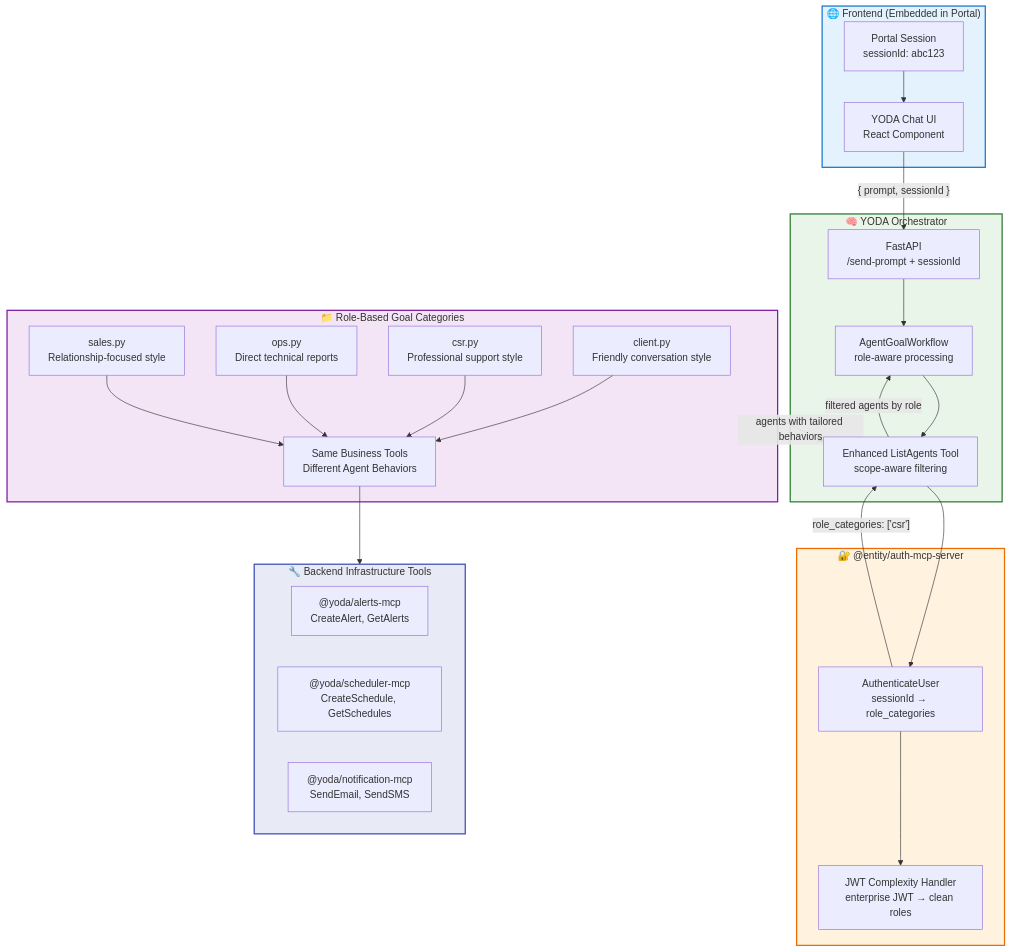
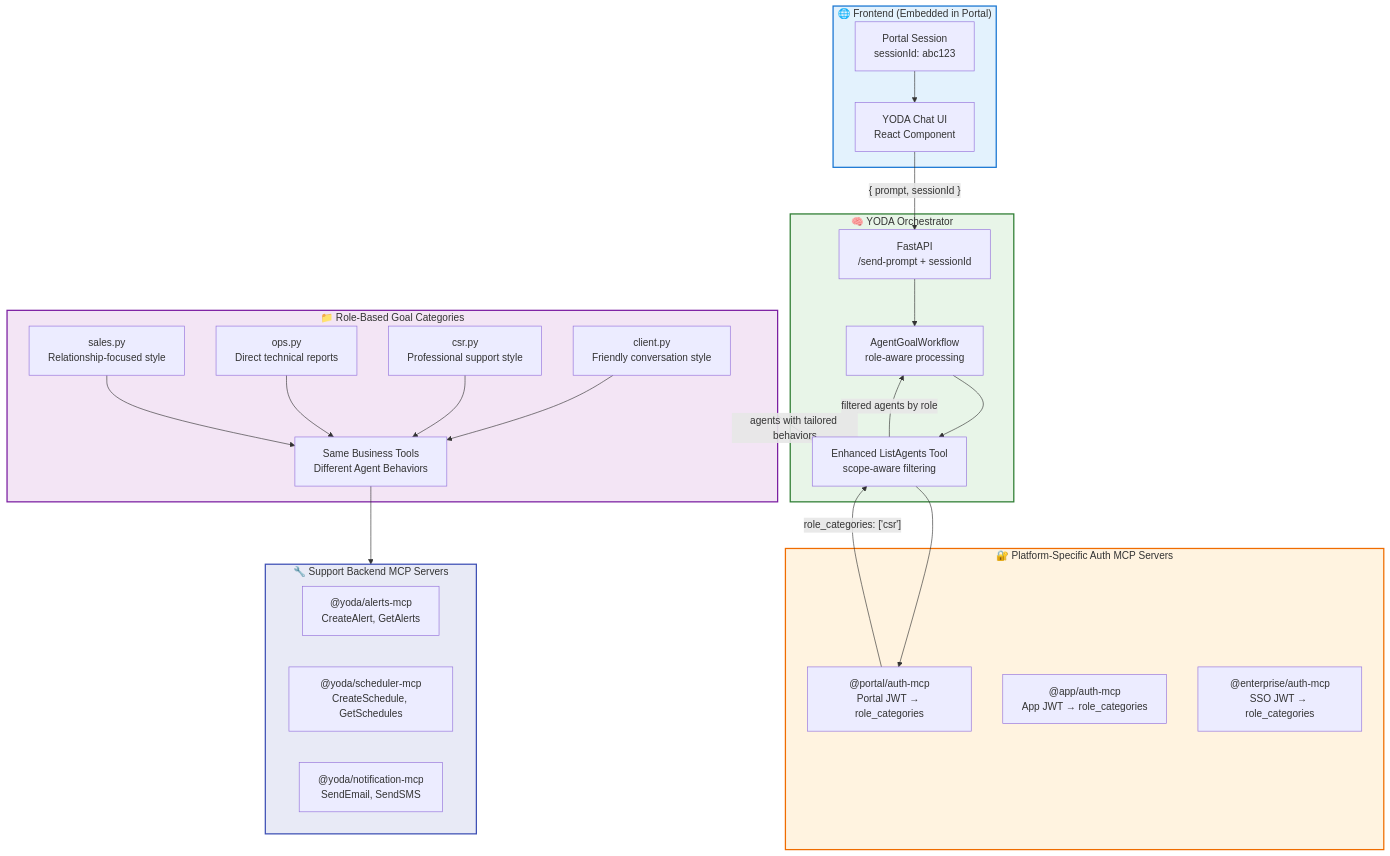
One commit to shin-hyuk/yoda changed the fourth of 4 diagrams in YODA_ARCHITECTURE.md. Above: the diagram before and after it, drawn with Mermaid. The commit also changed other lines of this file, not shown here.

````diff
--- a/YODA_ARCHITECTURE.md
+++ b/YODA_ARCHITECTURE.md
@@ -317,62 +306,61 @@
 ```mermaid
 graph TD
     subgraph Frontend ["🌐 Frontend (Embedded in Portal)"]
         PortalSession["Portal Session<br/>sessionId: abc123"]
         YodaUI["YODA Chat UI<br/>React Component"]
         PortalSession --> YodaUI
     end
     
     subgraph YODA ["🧠 YODA Orchestrator"]
         API["FastAPI<br/>/send-prompt + sessionId"]
         Workflow["AgentGoalWorkflow<br/>role-aware processing"]
         ListAgents["Enhanced ListAgents Tool<br/>scope-aware filtering"]
         
         API --> Workflow
         Workflow --> ListAgents
     end
     
-    subgraph AuthMCP ["🔐 @entity/auth-mcp-server"]
-        AuthTool["AuthenticateUser<br/>sessionId → role_categories"]
-        JWTMapping["JWT Complexity Handler<br/>enterprise JWT → clean roles"]
-        
-        AuthTool --> JWTMapping
+    subgraph AuthMCP ["🔐 Platform-Specific Auth MCP Servers"]
+        PortalAuthMCP["@portal/auth-mcp<br/>Portal JWT → role_categories"]
+        AppAuthMCP["@app/auth-mcp<br/>App JWT → role_categories"] 
+        EnterpriseAuthMCP["@enterprise/auth-mcp<br/>SSO JWT → role_categories"]
     end
     
     subgraph Goals ["📁 Role-Based Goal Categories"]
         ClientGoals["client.py<br/>Friendly conversation style"]
         CSRGoals["csr.py<br/>Professional support style"] 
         OpsGoals["ops.py<br/>Direct technical reports"]
         SalesGoals["sales.py<br/>Relationship-focused style"]
         
         ClientGoals --> SameTools["Same Business Tools<br/>Different Agent Behaviors"]
         CSRGoals --> SameTools
         OpsGoals --> SameTools
         SalesGoals --> SameTools
     end
     
-    subgraph BackendInfra ["🔧 Backend Infrastructure Tools"]
+    subgraph SupportMCP ["🔧 Support Backend MCP Servers"]
         AlertsMCP["@yoda/alerts-mcp<br/>CreateAlert, GetAlerts"]
         SchedulerMCP["@yoda/scheduler-mcp<br/>CreateSchedule, GetSchedules"]
         NotificationMCP["@yoda/notification-mcp<br/>SendEmail, SendSMS"]
     end
     
     %% Flow connections
     YodaUI -->|"{ prompt, sessionId }"| API
-    ListAgents --> AuthTool
-    AuthTool -->|"role_categories: ['csr']"| ListAgents
+    ListAgents --> PortalAuthMCP
+    PortalAuthMCP -->|"role_categories: ['csr']"| ListAgents
     ListAgents -->|"filtered agents by role"| Workflow
     Goals -->|"agents with tailored behaviors"| ListAgents
-    SameTools --> BackendInfra
+    SameTools --> SupportMCP
     
     classDef frontend fill:#e3f2fd,stroke:#1976d2,stroke-width:2px
     classDef yoda fill:#e8f5e8,stroke:#2e7d32,stroke-width:2px
     classDef auth fill:#fff3e0,stroke:#ef6c00,stroke-width:2px
     classDef goals fill:#f3e5f5,stroke:#7b1fa2,stroke-width:2px
-    classDef backend fill:#e8eaf6,stroke:#3f51b5,stroke-width:2px
+    classDef support fill:#e8eaf6,stroke:#3f51b5,stroke-width:2px
     
     class Frontend frontend
     class YODA yoda
     class AuthMCP auth
     class Goals goals
-    class BackendInfra backend
+    class SupportMCP support
 ```
````
